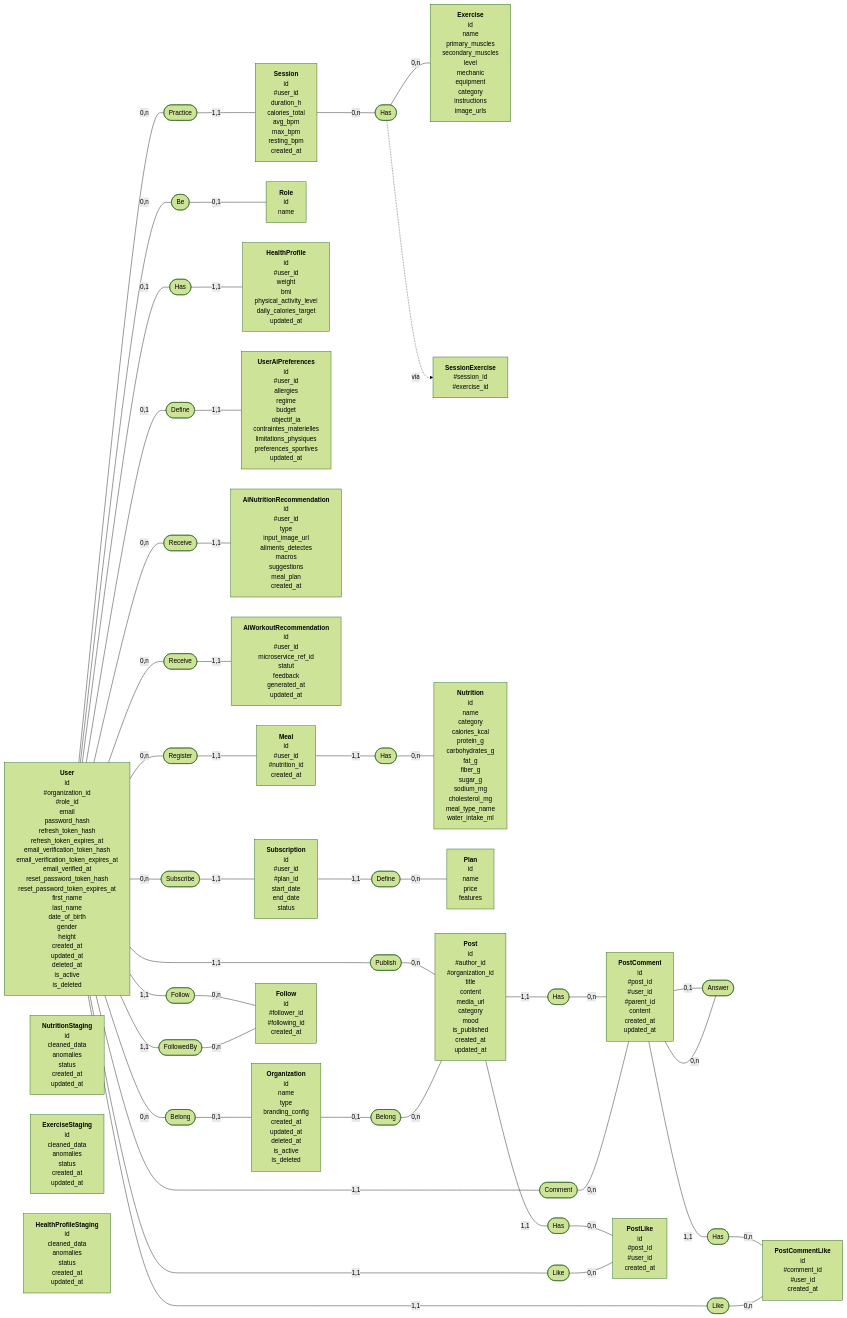
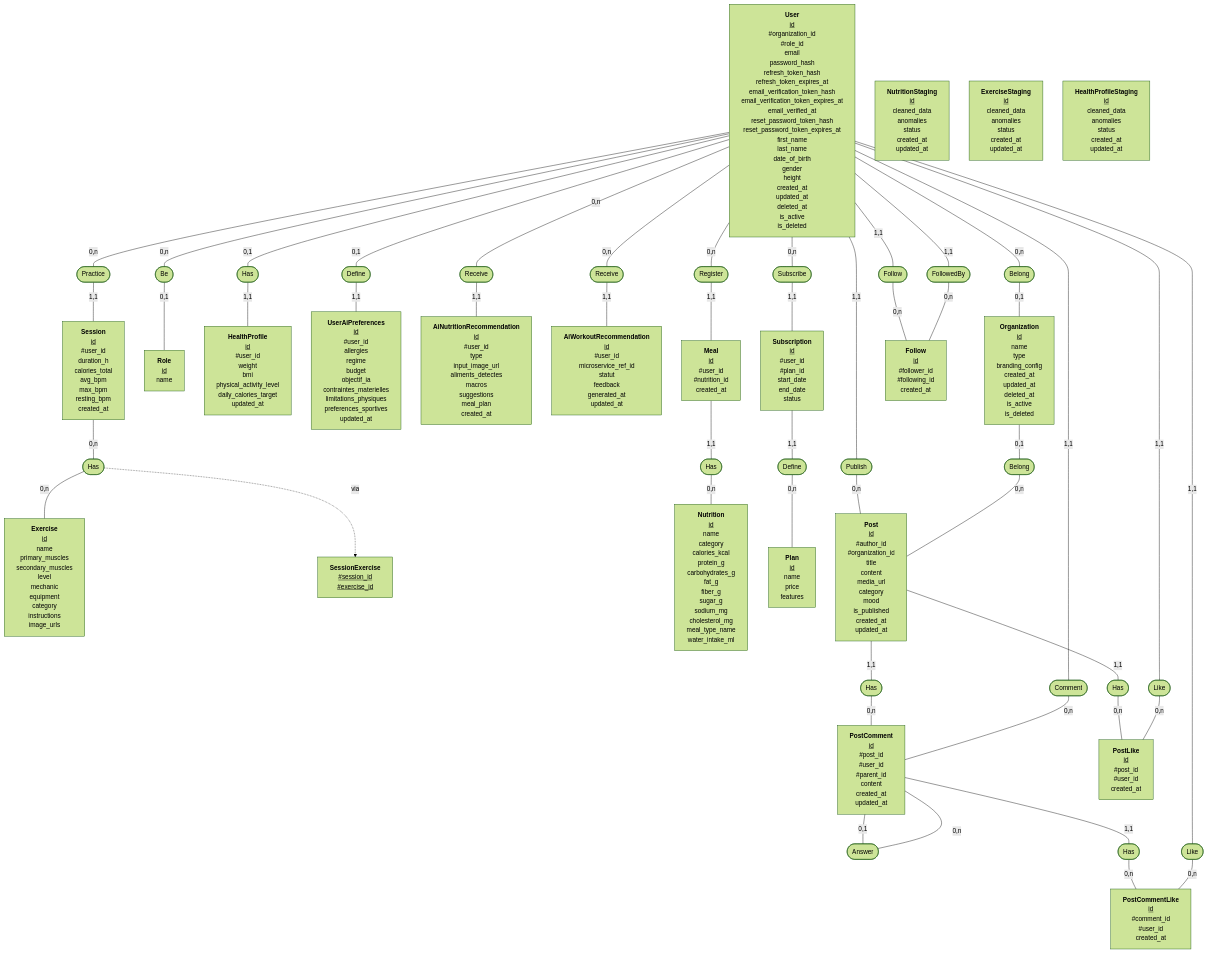
One commit to MSPR-c-l-w/backend changed the first of 2 diagrams in documentation/mcd.md. Above: the diagram before and after it, drawn with Mermaid (forest theme).

Commit message:
docs: MCD vertical + cle primaire soulignee
Bascule le diagramme en graph TD (vertical, plus lisible avec 22
entites) et souligne la cle primaire (id, ou #session_id/#exercise_id
pour la cle composite de SessionExercise) dans chaque entite,
conformement a la notation Merise.

````diff
--- a/documentation/mcd.md
+++ b/documentation/mcd.md
@@ -171,27 +171,27 @@
 ```mermaid
-graph LR
-  User["<b>User</b><br/>id<br/>#organization_id<br/>#role_id<br/>email<br/>password_hash<br/>refresh_token_hash<br/>refresh_token_expires_at<br/>email_verification_token_hash<br/>email_verification_token_expires_at<br/>email_verified_at<br/>reset_password_token_hash<br/>reset_password_token_expires_at<br/>first_name<br/>last_name<br/>date_of_birth<br/>gender<br/>height<br/>created_at<br/>updated_at<br/>deleted_at<br/>is_active<br/>is_deleted"]
-  Organization["<b>Organization</b><br/>id<br/>name<br/>type<br/>branding_config<br/>created_at<br/>updated_at<br/>deleted_at<br/>is_active<br/>is_deleted"]
-  Role["<b>Role</b><br/>id<br/>name"]
-  HealthProfile["<b>HealthProfile</b><br/>id<br/>#user_id<br/>weight<br/>bmi<br/>physical_activity_level<br/>daily_calories_target<br/>updated_at"]
-  UserAiPreferences["<b>UserAiPreferences</b><br/>id<br/>#user_id<br/>allergies<br/>regime<br/>budget<br/>objectif_ia<br/>contraintes_materielles<br/>limitations_physiques<br/>preferences_sportives<br/>updated_at"]
-  AiNutritionRecommendation["<b>AiNutritionRecommendation</b><br/>id<br/>#user_id<br/>type<br/>input_image_url<br/>aliments_detectes<br/>macros<br/>suggestions<br/>meal_plan<br/>created_at"]
-  AiWorkoutRecommendation["<b>AiWorkoutRecommendation</b><br/>id<br/>#user_id<br/>microservice_ref_id<br/>statut<br/>feedback<br/>generated_at<br/>updated_at"]
-  Session["<b>Session</b><br/>id<br/>#user_id<br/>duration_h<br/>calories_total<br/>avg_bpm<br/>max_bpm<br/>resting_bpm<br/>created_at"]
-  Exercise["<b>Exercise</b><br/>id<br/>name<br/>primary_muscles<br/>secondary_muscles<br/>level<br/>mechanic<br/>equipment<br/>category<br/>instructions<br/>image_urls"]
-  SessionExercise["<b>SessionExercise</b><br/>#session_id<br/>#exercise_id"]
-  Nutrition["<b>Nutrition</b><br/>id<br/>name<br/>category<br/>calories_kcal<br/>protein_g<br/>carbohydrates_g<br/>fat_g<br/>fiber_g<br/>sugar_g<br/>sodium_mg<br/>cholesterol_mg<br/>meal_type_name<br/>water_intake_ml"]
-  Meal["<b>Meal</b><br/>id<br/>#user_id<br/>#nutrition_id<br/>created_at"]
-  Plan["<b>Plan</b><br/>id<br/>name<br/>price<br/>features"]
-  Subscription["<b>Subscription</b><br/>id<br/>#user_id<br/>#plan_id<br/>start_date<br/>end_date<br/>status"]
-  Post["<b>Post</b><br/>id<br/>#author_id<br/>#organization_id<br/>title<br/>content<br/>media_url<br/>category<br/>mood<br/>is_published<br/>created_at<br/>updated_at"]
-  PostComment["<b>PostComment</b><br/>id<br/>#post_id<br/>#user_id<br/>#parent_id<br/>content<br/>created_at<br/>updated_at"]
-  PostLike["<b>PostLike</b><br/>id<br/>#post_id<br/>#user_id<br/>created_at"]
-  PostCommentLike["<b>PostCommentLike</b><br/>id<br/>#comment_id<br/>#user_id<br/>created_at"]
-  Follow["<b>Follow</b><br/>id<br/>#follower_id<br/>#following_id<br/>created_at"]
-  NutritionStaging["<b>NutritionStaging</b><br/>id<br/>cleaned_data<br/>anomalies<br/>status<br/>created_at<br/>updated_at"]
-  ExerciseStaging["<b>ExerciseStaging</b><br/>id<br/>cleaned_data<br/>anomalies<br/>status<br/>created_at<br/>updated_at"]
-  HealthProfileStaging["<b>HealthProfileStaging</b><br/>id<br/>cleaned_data<br/>anomalies<br/>status<br/>created_at<br/>updated_at"]
+graph TD
+  User["<b>User</b><br/><u>id</u><br/>#organization_id<br/>#role_id<br/>email<br/>password_hash<br/>refresh_token_hash<br/>refresh_token_expires_at<br/>email_verification_token_hash<br/>email_verification_token_expires_at<br/>email_verified_at<br/>reset_password_token_hash<br/>reset_password_token_expires_at<br/>first_name<br/>last_name<br/>date_of_birth<br/>gender<br/>height<br/>created_at<br/>updated_at<br/>deleted_at<br/>is_active<br/>is_deleted"]
+  Organization["<b>Organization</b><br/><u>id</u><br/>name<br/>type<br/>branding_config<br/>created_at<br/>updated_at<br/>deleted_at<br/>is_active<br/>is_deleted"]
+  Role["<b>Role</b><br/><u>id</u><br/>name"]
+  HealthProfile["<b>HealthProfile</b><br/><u>id</u><br/>#user_id<br/>weight<br/>bmi<br/>physical_activity_level<br/>daily_calories_target<br/>updated_at"]
+  UserAiPreferences["<b>UserAiPreferences</b><br/><u>id</u><br/>#user_id<br/>allergies<br/>regime<br/>budget<br/>objectif_ia<br/>contraintes_materielles<br/>limitations_physiques<br/>preferences_sportives<br/>updated_at"]
+  AiNutritionRecommendation["<b>AiNutritionRecommendation</b><br/><u>id</u><br/>#user_id<br/>type<br/>input_image_url<br/>aliments_detectes<br/>macros<br/>suggestions<br/>meal_plan<br/>created_at"]
+  AiWorkoutRecommendation["<b>AiWorkoutRecommendation</b><br/><u>id</u><br/>#user_id<br/>microservice_ref_id<br/>statut<br/>feedback<br/>generated_at<br/>updated_at"]
+  Session["<b>Session</b><br/><u>id</u><br/>#user_id<br/>duration_h<br/>calories_total<br/>avg_bpm<br/>max_bpm<br/>resting_bpm<br/>created_at"]
+  Exercise["<b>Exercise</b><br/><u>id</u><br/>name<br/>primary_muscles<br/>secondary_muscles<br/>level<br/>mechanic<br/>equipment<br/>category<br/>instructions<br/>image_urls"]
+  SessionExercise["<b>SessionExercise</b><br/><u>#session_id</u><br/><u>#exercise_id</u>"]
+  Nutrition["<b>Nutrition</b><br/><u>id</u><br/>name<br/>category<br/>calories_kcal<br/>protein_g<br/>carbohydrates_g<br/>fat_g<br/>fiber_g<br/>sugar_g<br/>sodium_mg<br/>cholesterol_mg<br/>meal_type_name<br/>water_intake_ml"]
+  Meal["<b>Meal</b><br/><u>id</u><br/>#user_id<br/>#nutrition_id<br/>created_at"]
+  Plan["<b>Plan</b><br/><u>id</u><br/>name<br/>price<br/>features"]
+  Subscription["<b>Subscription</b><br/><u>id</u><br/>#user_id<br/>#plan_id<br/>start_date<br/>end_date<br/>status"]
+  Post["<b>Post</b><br/><u>id</u><br/>#author_id<br/>#organization_id<br/>title<br/>content<br/>media_url<br/>category<br/>mood<br/>is_published<br/>created_at<br/>updated_at"]
+  PostComment["<b>PostComment</b><br/><u>id</u><br/>#post_id<br/>#user_id<br/>#parent_id<br/>content<br/>created_at<br/>updated_at"]
+  PostLike["<b>PostLike</b><br/><u>id</u><br/>#post_id<br/>#user_id<br/>created_at"]
+  PostCommentLike["<b>PostCommentLike</b><br/><u>id</u><br/>#comment_id<br/>#user_id<br/>created_at"]
+  Follow["<b>Follow</b><br/><u>id</u><br/>#follower_id<br/>#following_id<br/>created_at"]
+  NutritionStaging["<b>NutritionStaging</b><br/><u>id</u><br/>cleaned_data<br/>anomalies<br/>status<br/>created_at<br/>updated_at"]
+  ExerciseStaging["<b>ExerciseStaging</b><br/><u>id</u><br/>cleaned_data<br/>anomalies<br/>status<br/>created_at<br/>updated_at"]
+  HealthProfileStaging["<b>HealthProfileStaging</b><br/><u>id</u><br/>cleaned_data<br/>anomalies<br/>status<br/>created_at<br/>updated_at"]
 
   Has1(["Has"])
   Define1(["Define"])
````
